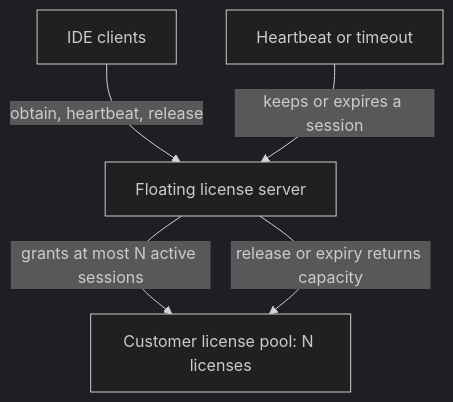
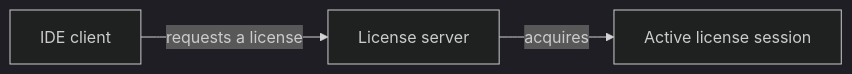
One commit to zizitop13/mock-interview-club-public changed the first of 2 diagrams in labs/coding/floating-license-server.md. Above: the diagram before and after it, drawn with Mermaid (dark theme). The commit also changed other lines of this file, not shown here.

Commit message:
docs: simplify license lab diagram

````diff
--- a/labs/coding/floating-license-server.md
+++ b/labs/coding/floating-license-server.md
@@ -19,7 +19,5 @@
 ```mermaid
-flowchart TB
-    Client["IDE clients"] -->|"obtain, heartbeat, release"| Server["Floating license server"]
-    Server -->|"grants at most N active sessions"| Pool["Customer license pool: N licenses"]
-    Heartbeat["Heartbeat or timeout"] -->|"keeps or expires a session"| Server
-    Server -->|"release or expiry returns capacity"| Pool
+flowchart LR
+    Client["IDE client"] -->|"requests a license"| Server["License server"]
+    Server -->|"acquires"| Session["Active license session"]
 ```
````
